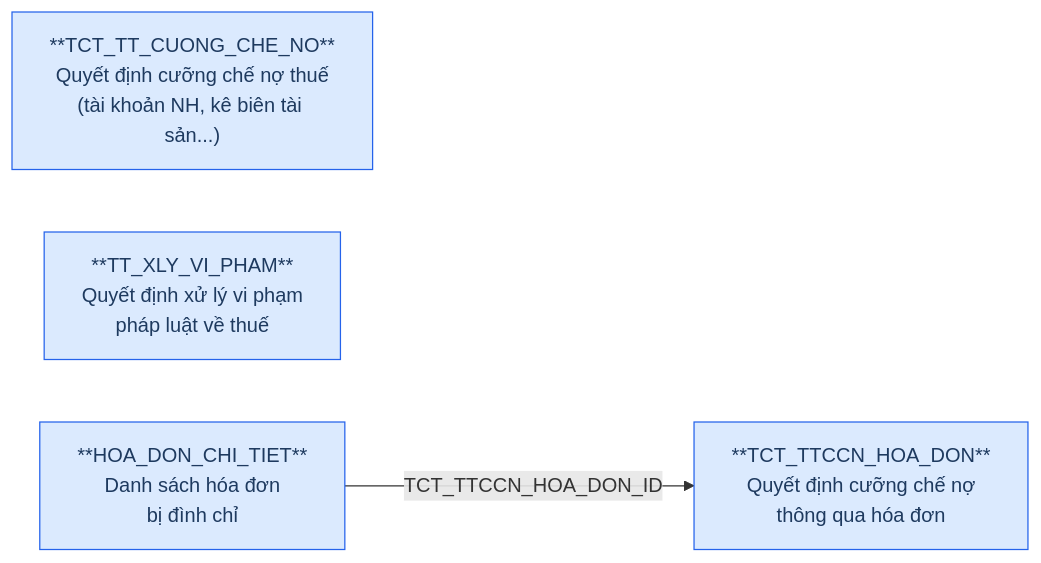
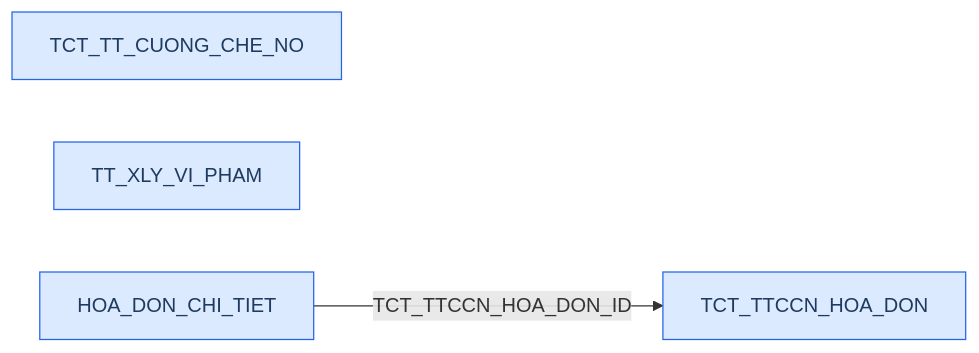
The fifth of 6 diagrams in Silver/hld/DCST_relationship_diagram.md (chien1198/ubck_atomic_design), drawn with Mermaid before and after one commit. The commit also changed other lines of this file, not shown here.

````diff
--- a/Silver/hld/DCST_relationship_diagram.md
+++ b/Silver/hld/DCST_relationship_diagram.md
@@ -110,11 +114,11 @@
 ```mermaid
 graph LR
     classDef src fill:#dbeafe,stroke:#2563eb,color:#1e3a5f
 
-    CUONGCHE["**TCT_TT_CUONG_CHE_NO**\nQuyết định cưỡng chế nợ thuế\n(tài khoản NH, kê biên tài sản...)"]:::src
-    VIPHAM["**TT_XLY_VI_PHAM**\nQuyết định xử lý vi phạm\npháp luật về thuế"]:::src
-    HOADON["**TCT_TTCCN_HOA_DON**\nQuyết định cưỡng chế nợ\nthông qua hóa đơn"]:::src
-    HOADON_CT["**HOA_DON_CHI_TIET**\nDanh sách hóa đơn\nbị đình chỉ"]:::src
+    CUONGCHE[TCT_TT_CUONG_CHE_NO]:::src
+    VIPHAM[TT_XLY_VI_PHAM]:::src
+    HOADON[TCT_TTCCN_HOA_DON]:::src
+    HOADON_CT[HOA_DON_CHI_TIET]:::src
 
     HOADON_CT -->|TCT_TTCCN_HOA_DON_ID| HOADON
 ```
````
